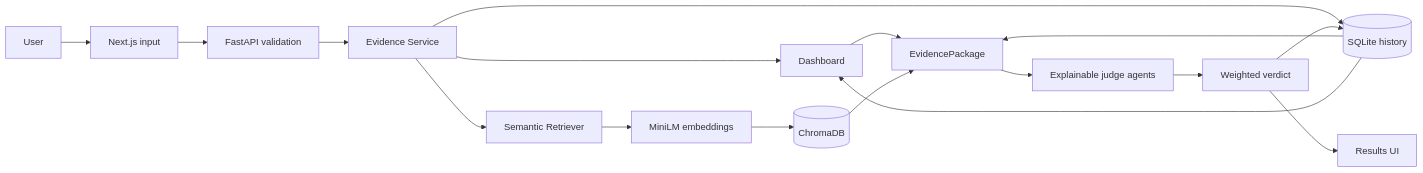
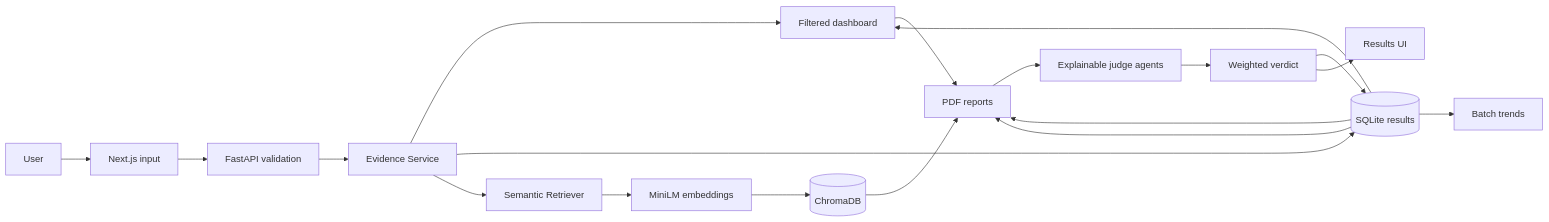
The diagram in README.md (Arthisri2006/infosysSpringboard), drawn with Mermaid before and after one commit. The commit also changed other lines of this file and 28 other files, not shown here.

````diff
--- a/README.md
+++ b/README.md
@@ -50,19 +58,21 @@
 ```mermaid
 flowchart LR
   U[User] --> F[Next.js input]
   F --> A[FastAPI validation]
   A --> E[Evidence Service]
   E --> D[Direct reference]
   E --> S[Temporary source ranking]
   E --> R[Semantic Retriever]
   R --> M[MiniLM embeddings]
   M --> C[(ChromaDB)]
   D --> P[EvidencePackage]
   S --> P
   C --> P
   P --> J[Explainable judge agents]
   J --> V[Weighted verdict]
-  V --> S[(SQLite history)]
+  V --> S[(SQLite results)]
   V --> O[Results UI]
-  S --> D[Dashboard]
+  S --> D[Filtered dashboard]
+  S --> B[Batch trends]
+  S --> P[PDF reports]
 ```
````
